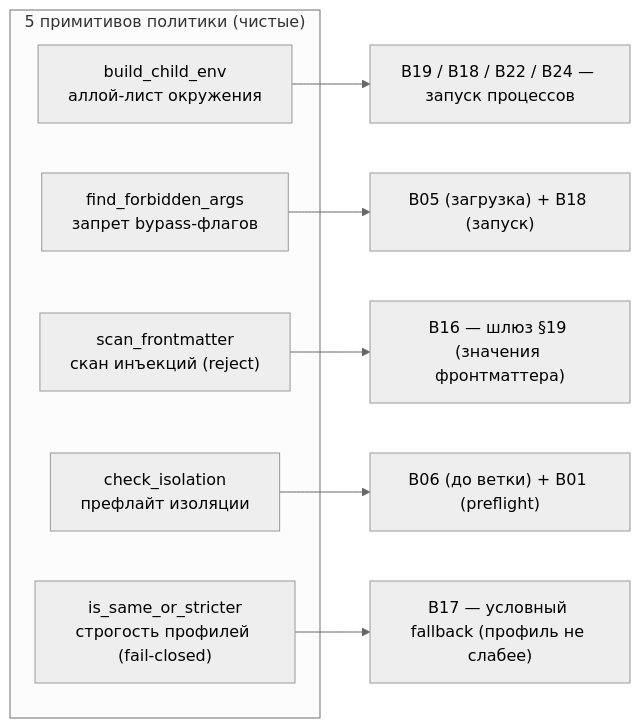
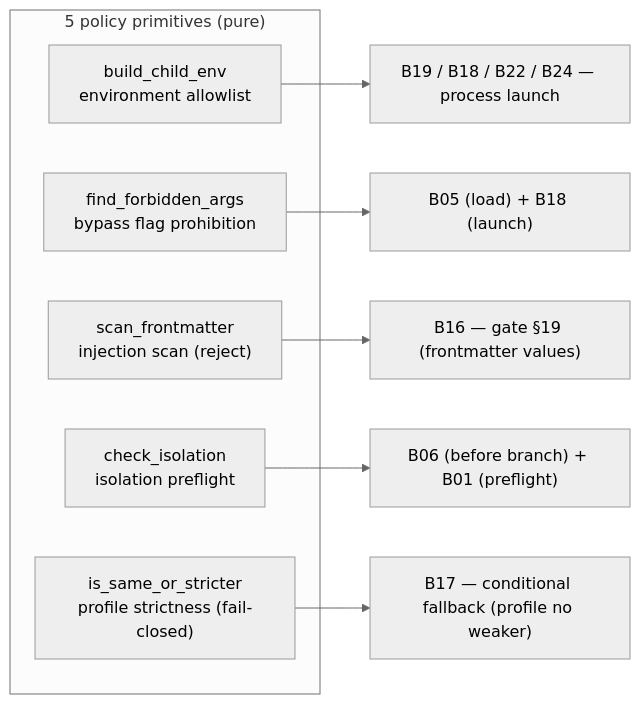
One commit to VladimirMakarevich/wastech-orchestrator changed the diagram in docs/functional/blocks/B25-security-policy.md. Above: the diagram before and after it, drawn with Mermaid (neutral theme). The commit also changed other lines of this file and 41 other files, not shown here.

Commit message:
docs: translate system flows documentation from Russian to English, ensuring clarity and consistency in terminology. Update sequence diagrams and flowcharts to reflect the changes in language. Maintain the structure and references to blocks for ease of navigation.

````diff
--- a/docs/functional/blocks/B25-security-policy.md
+++ b/docs/functional/blocks/B25-security-policy.md
@@ -50,15 +50,15 @@
 ```mermaid
 flowchart LR
-    subgraph prim["5 примитивов политики (чистые)"]
-        env["build_child_env<br/>аллой-лист окружения"]
-        fa["find_forbidden_args<br/>запрет bypass-флагов"]
-        inj["scan_frontmatter<br/>скан инъекций (reject)"]
-        iso["check_isolation<br/>префлайт изоляции"]
-        prof["is_same_or_stricter<br/>строгость профилей (fail-closed)"]
+    subgraph prim["5 policy primitives (pure)"]
+        env["build_child_env<br/>environment allowlist"]
+        fa["find_forbidden_args<br/>bypass flag prohibition"]
+        inj["scan_frontmatter<br/>injection scan (reject)"]
+        iso["check_isolation<br/>isolation preflight"]
+        prof["is_same_or_stricter<br/>profile strictness (fail-closed)"]
     end
-    env --> envc["B19 / B18 / B22 / B24 — запуск процессов"]
-    fa --> fac["B05 (загрузка) + B18 (запуск)"]
-    inj --> injc["B16 — шлюз §19 (значения фронтматтера)"]
-    iso --> isoc["B06 (до ветки) + B01 (preflight)"]
-    prof --> profc["B17 — условный fallback (профиль не слабее)"]
+    env --> envc["B19 / B18 / B22 / B24 — process launch"]
+    fa --> fac["B05 (load) + B18 (launch)"]
+    inj --> injc["B16 — gate §19 (frontmatter values)"]
+    iso --> isoc["B06 (before branch) + B01 (preflight)"]
+    prof --> profc["B17 — conditional fallback (profile no weaker)"]
 ```
````
